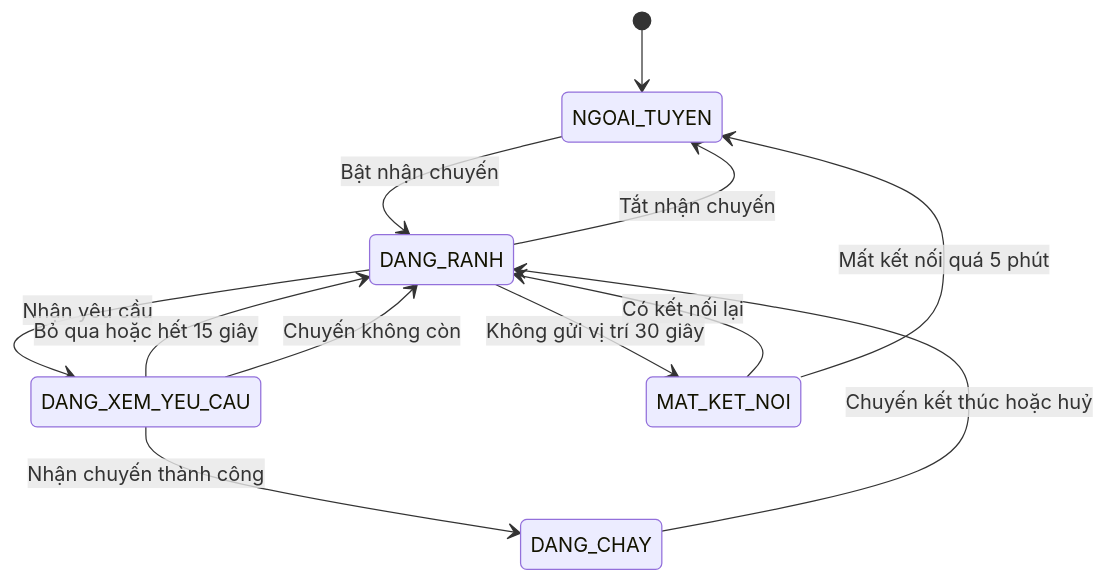
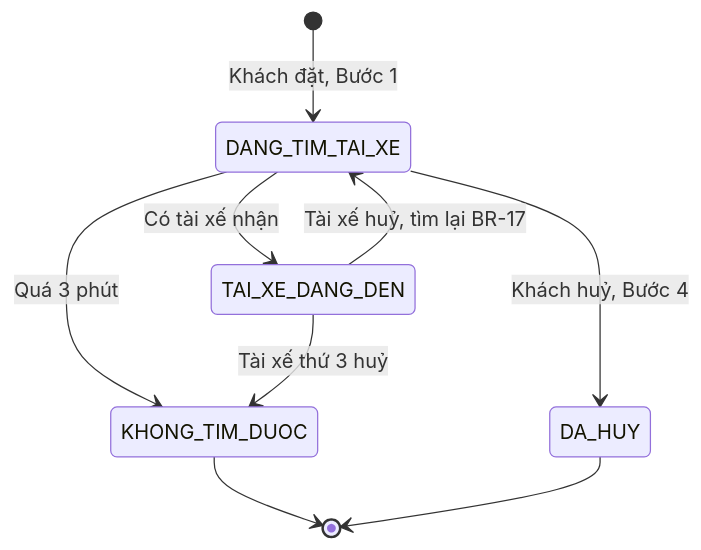
One commit to uxfoundation-vn/de05-dat-xe-cho-khach changed the second of 20 diagrams in docs/SRS.md. Above: the diagram before and after it, drawn with Mermaid. The commit also changed other lines of this file and 2 other files, not shown here.

First line of the commit message:
Đề 5: chỉ giữ luồng của khách

````diff
--- a/docs/SRS.md
+++ b/docs/SRS.md
@@ -140,14 +134,11 @@
 ```mermaid
 stateDiagram-v2
-  [*] --> NGOAI_TUYEN
-  NGOAI_TUYEN --> DANG_RANH : Bật nhận chuyến
-  DANG_RANH --> NGOAI_TUYEN : Tắt nhận chuyến
-  DANG_RANH --> DANG_XEM_YEU_CAU : Nhận yêu cầu
-  DANG_XEM_YEU_CAU --> DANG_RANH : Bỏ qua hoặc hết 15 giây
-  DANG_XEM_YEU_CAU --> DANG_CHAY : Nhận chuyến thành công
-  DANG_XEM_YEU_CAU --> DANG_RANH : Chuyến không còn
-  DANG_CHAY --> DANG_RANH : Chuyến kết thúc hoặc huỷ
-  DANG_RANH --> MAT_KET_NOI : Không gửi vị trí 30 giây
-  MAT_KET_NOI --> DANG_RANH : Có kết nối lại
-  MAT_KET_NOI --> NGOAI_TUYEN : Mất kết nối quá 5 phút
+  [*] --> DANG_TIM_TAI_XE : Khách đặt, Bước 1
+  DANG_TIM_TAI_XE --> TAI_XE_DANG_DEN : Có tài xế nhận
+  DANG_TIM_TAI_XE --> KHONG_TIM_DUOC : Quá 3 phút
+  DANG_TIM_TAI_XE --> DA_HUY : Khách huỷ, Bước 4
+  TAI_XE_DANG_DEN --> DANG_TIM_TAI_XE : Tài xế huỷ, tìm lại BR-17
+  TAI_XE_DANG_DEN --> KHONG_TIM_DUOC : Tài xế thứ 3 huỷ
+  KHONG_TIM_DUOC --> [*]
+  DA_HUY --> [*]
 ```
````
